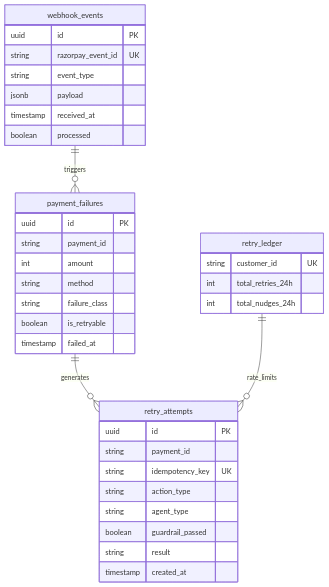
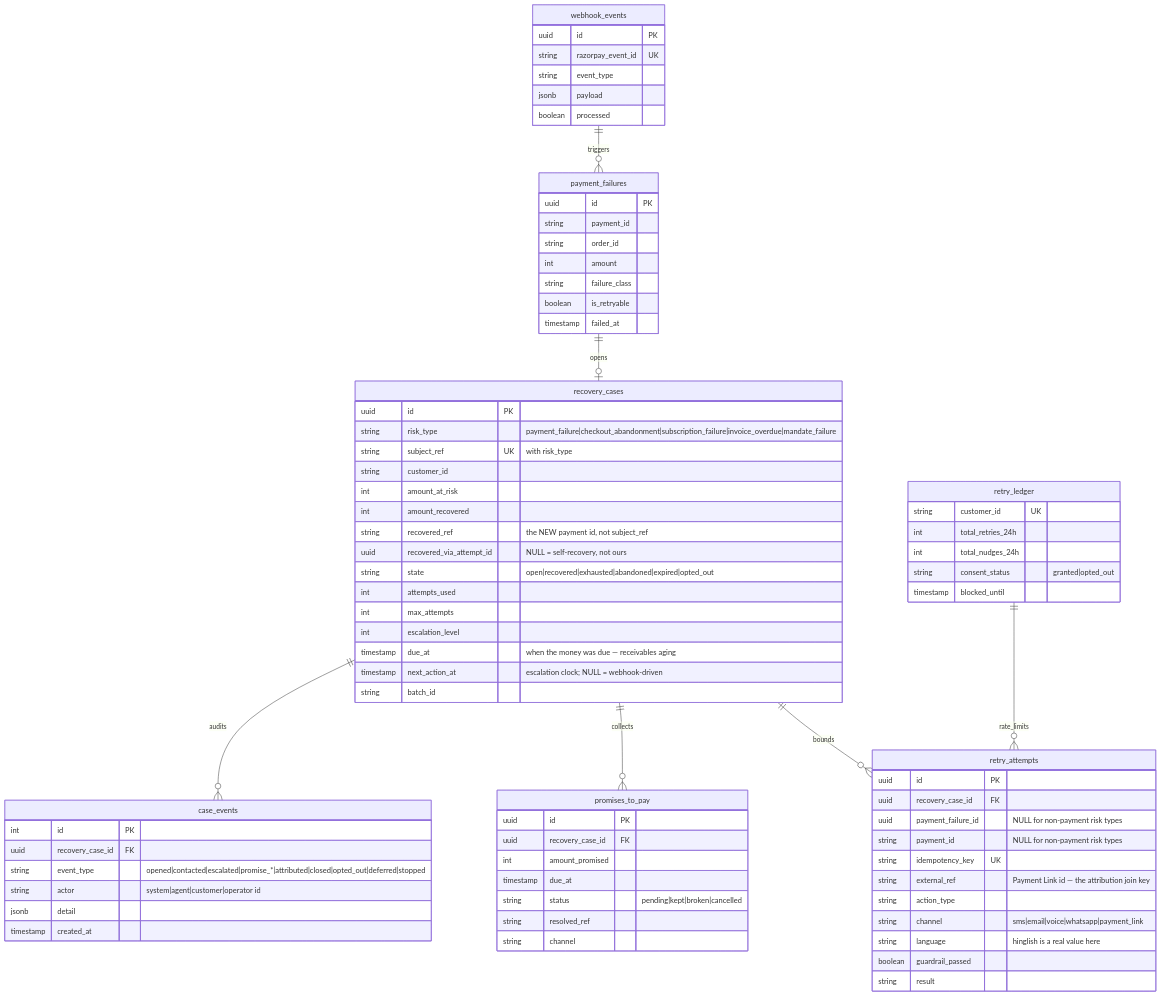
Before and after one commit to jitheender-ops/payment-recovery-engine: the second of 2 diagrams in docs/architecture.md, drawn with Mermaid. The commit also changed other lines of this file and 10 other files, not shown here.

````diff
--- a/docs/architecture.md
+++ b/docs/architecture.md
@@ -27,39 +38,80 @@
 ```mermaid
 erDiagram
     webhook_events ||--o{ payment_failures : triggers
-    payment_failures ||--o{ retry_attempts : generates
+    payment_failures ||--o| recovery_cases : opens
+    recovery_cases ||--o{ retry_attempts : bounds
+    recovery_cases ||--o{ promises_to_pay : collects
+    recovery_cases ||--o{ case_events : audits
     retry_ledger ||--o{ retry_attempts : rate_limits
 
+    recovery_cases {
+        uuid id PK
+        string risk_type "payment_failure|checkout_abandonment|subscription_failure|invoice_overdue|mandate_failure"
+        string subject_ref UK "with risk_type"
+        string customer_id
+        int amount_at_risk
+        int amount_recovered
+        string recovered_ref "the NEW payment id, not subject_ref"
+        uuid recovered_via_attempt_id "NULL = self-recovery, not ours"
+        string state "open|recovered|exhausted|abandoned|expired|opted_out"
+        int attempts_used
+        int max_attempts
+        int escalation_level
+        timestamp due_at "when the money was due — receivables aging"
+        timestamp next_action_at "escalation clock; NULL = webhook-driven"
+        string batch_id
+    }
+    retry_attempts {
+        uuid id PK
+        uuid recovery_case_id FK
+        uuid payment_failure_id "NULL for non-payment risk types"
+        string payment_id "NULL for non-payment risk types"
+        string idempotency_key UK
+        string external_ref "Payment Link id — the attribution join key"
+        string action_type
+        string channel "sms|email|voice|whatsapp|payment_link"
+        string language "hinglish is a real value here"
+        boolean guardrail_passed
+        string result
+    }
+    promises_to_pay {
+        uuid id PK
+        uuid recovery_case_id FK
+        int amount_promised
+        timestamp due_at
+        string status "pending|kept|broken|cancelled"
+        string resolved_ref
+        string channel
+    }
+    case_events {
+        int id PK
+        uuid recovery_case_id FK
+        string event_type "opened|contacted|escalated|promise_*|attributed|closed|opted_out|deferred|stopped"
+        string actor "system|agent|customer|operator id"
+        jsonb detail
+        timestamp created_at
+    }
     webhook_events {
         uuid id PK
         string razorpay_event_id UK
         string event_type
         jsonb payload
-        timestamp received_at
         boolean processed
     }
     payment_failures {
         uuid id PK
         string payment_id
+        string order_id
         int amount
-        string method
         string failure_class
         boolean is_retryable
         timestamp failed_at
-    }
-    retry_attempts {
-        uuid id PK
-        string payment_id
-        string idempotency_key UK
-        string action_type
-        string agent_type
-        boolean guardrail_passed
-        string result
-        timestamp created_at
     }
     retry_ledger {
         string customer_id UK
         int total_retries_24h
         int total_nudges_24h
+        string consent_status "granted|opted_out"
+        timestamp blocked_until
     }
 ```
````
